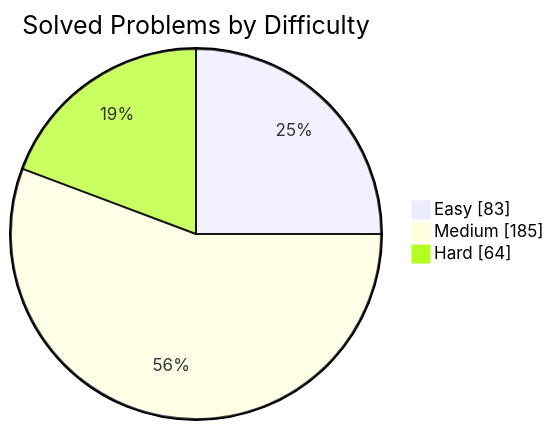
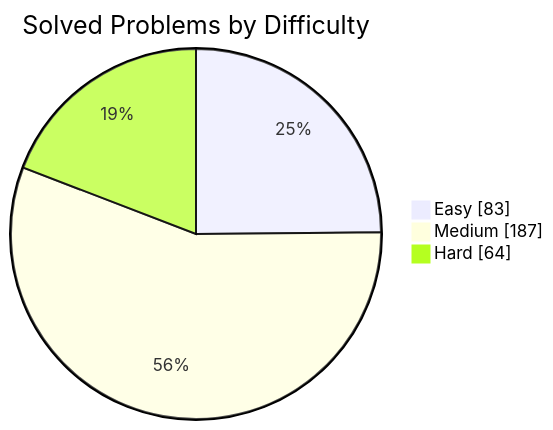
One commit to manikantbindass/DSA-Preparation-FAANG changed the first of 2 diagrams in README.md. Above: the diagram before and after it, drawn with Mermaid. The commit also changed other lines of this file and 3 other files, not shown here.

````diff
--- a/README.md
+++ b/README.md
@@ -77,7 +77,7 @@
 ```mermaid
 pie showData
     title Solved Problems by Difficulty
     "Easy" : 83
-    "Medium" : 185
+    "Medium" : 187
     "Hard" : 64
 ```
````
